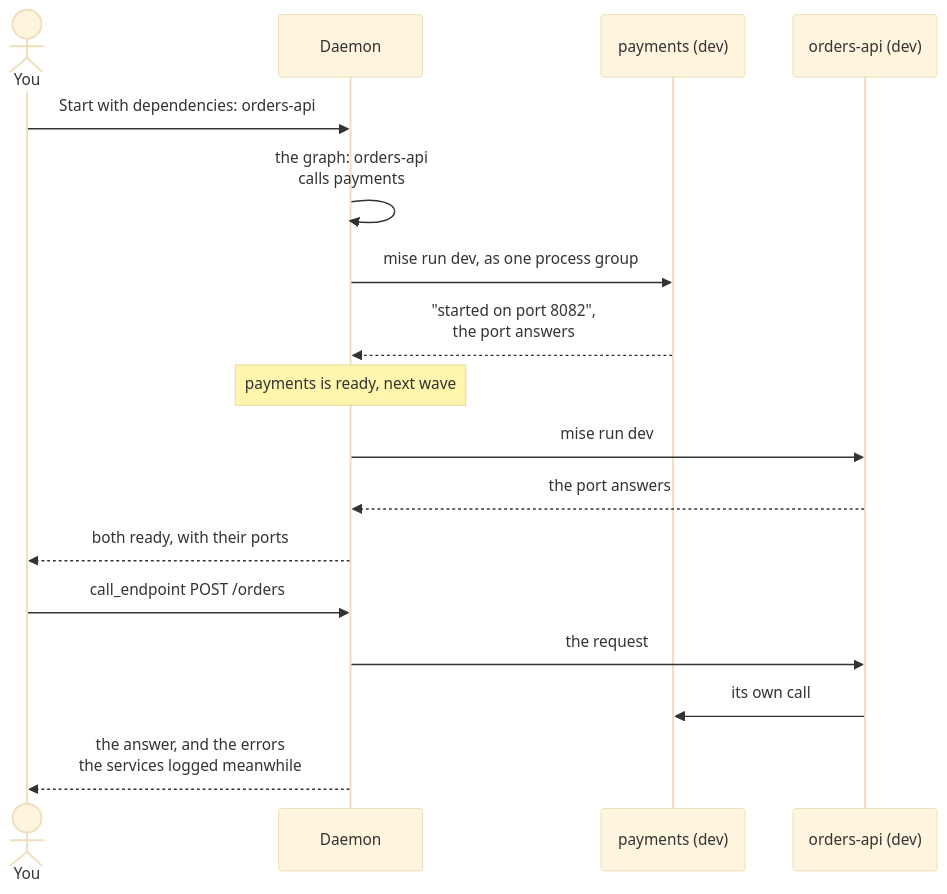
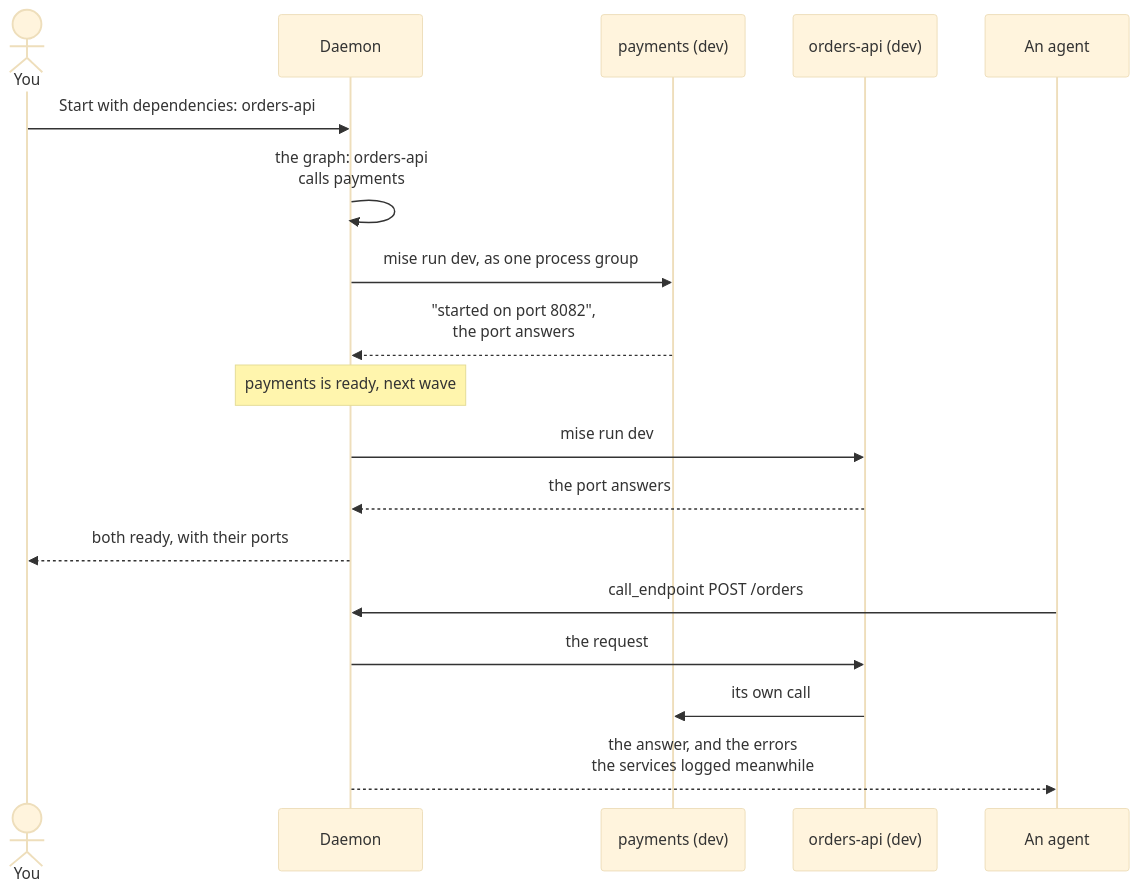
Before and after one commit to jakubprill/trackwall: the sixth of 6 diagrams in apps/docs/guide/key-flows.md, drawn with Mermaid (base theme). The commit also changed other lines of this file and 10 other files, not shown here.

First line of the commit message:
Correct the guide pages after the review, and check every diagram parses

````diff
--- a/apps/docs/guide/key-flows.md
+++ b/apps/docs/guide/key-flows.md
@@ -111,19 +111,20 @@
 ```mermaid
 sequenceDiagram
   actor You
   participant D as Daemon
   participant P as payments (dev)
   participant O as orders-api (dev)
+  participant A as An agent
   You->>D: Start with dependencies: orders-api
   D->>D: the graph: orders-api<br/>calls payments
   D->>P: mise run dev, as one process group
   P-->>D: "started on port 8082",<br/>the port answers
   Note over D: payments is ready, next wave
   D->>O: mise run dev
   O-->>D: the port answers
   D-->>You: both ready, with their ports
-  You->>D: call_endpoint POST /orders
+  A->>D: call_endpoint POST /orders
   D->>O: the request
   O->>P: its own call
-  D-->>You: the answer, and the errors<br/>the services logged meanwhile
+  D-->>A: the answer, and the errors<br/>the services logged meanwhile
 ```
````
